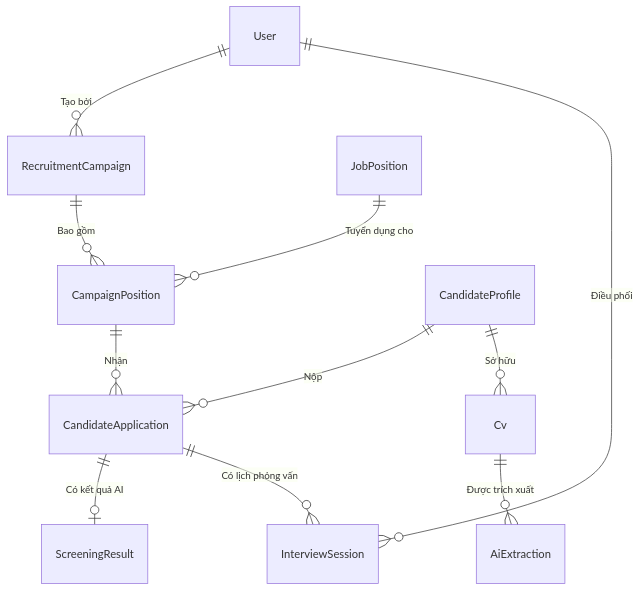
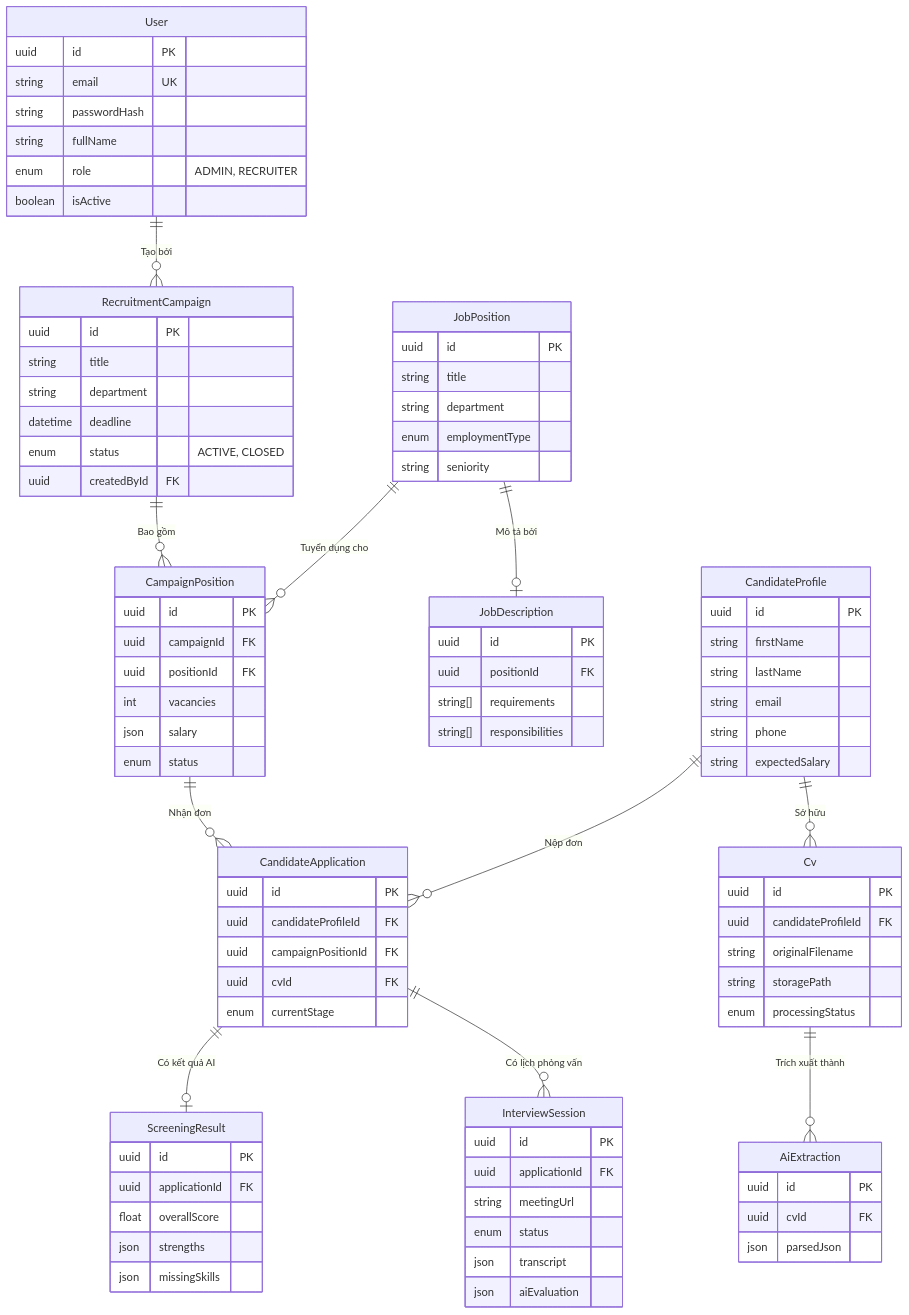
The diagram in docs/DATABASE.md (ducquan19/HR-Bot), drawn with Mermaid before and after one commit. The commit also changed other lines of this file, not shown here.

Commit message:
feat(docs): enhance database documentation with detailed ERD and table structures

````diff
--- a/docs/DATABASE.md
+++ b/docs/DATABASE.md
@@ -11,13 +13,103 @@
 ```mermaid
 erDiagram
+    User {
+        uuid id PK
+        string email UK
+        string passwordHash
+        string fullName
+        enum role "ADMIN, RECRUITER"
+        boolean isActive
+    }
+    
+    RecruitmentCampaign {
+        uuid id PK
+        string title
+        string department
+        datetime deadline
+        enum status "ACTIVE, CLOSED"
+        uuid createdById FK
+    }
+    
+    JobPosition {
+        uuid id PK
+        string title
+        string department
+        enum employmentType
+        string seniority
+    }
+    
+    CampaignPosition {
+        uuid id PK
+        uuid campaignId FK
+        uuid positionId FK
+        int vacancies
+        json salary
+        enum status
+    }
+    
+    JobDescription {
+        uuid id PK
+        uuid positionId FK
+        string[] requirements
+        string[] responsibilities
+    }
+    
+    CandidateProfile {
+        uuid id PK
+        string firstName
+        string lastName
+        string email
+        string phone
+        string expectedSalary
+    }
+    
+    Cv {
+        uuid id PK
+        uuid candidateProfileId FK
+        string originalFilename
+        string storagePath
+        enum processingStatus
+    }
+    
+    AiExtraction {
+        uuid id PK
+        uuid cvId FK
+        json parsedJson
+    }
+    
+    CandidateApplication {
+        uuid id PK
+        uuid candidateProfileId FK
+        uuid campaignPositionId FK
+        uuid cvId FK
+        enum currentStage
+    }
+    
+    ScreeningResult {
+        uuid id PK
+        uuid applicationId FK
+        float overallScore
+        json strengths
+        json missingSkills
+    }
+    
+    InterviewSession {
+        uuid id PK
+        uuid applicationId FK
+        string meetingUrl
+        enum status
+        json transcript
+        json aiEvaluation
+    }
+
     User ||--o{ RecruitmentCampaign : "Tạo bởi"
-    User ||--o{ InterviewSession : "Điều phối"
     RecruitmentCampaign ||--o{ CampaignPosition : "Bao gồm"
     JobPosition ||--o{ CampaignPosition : "Tuyển dụng cho"
-    CampaignPosition ||--o{ CandidateApplication : "Nhận"
-    CandidateProfile ||--o{ CandidateApplication : "Nộp"
+    JobPosition ||--o| JobDescription : "Mô tả bởi"
+    CandidateProfile ||--o{ CandidateApplication : "Nộp đơn"
     CandidateProfile ||--o{ Cv : "Sở hữu"
+    Cv ||--o{ AiExtraction : "Trích xuất thành"
+    CampaignPosition ||--o{ CandidateApplication : "Nhận đơn"
     CandidateApplication ||--o| ScreeningResult : "Có kết quả AI"
     CandidateApplication ||--o{ InterviewSession : "Có lịch phỏng vấn"
-    Cv ||--o{ AiExtraction : "Được trích xuất"
 ```
````
